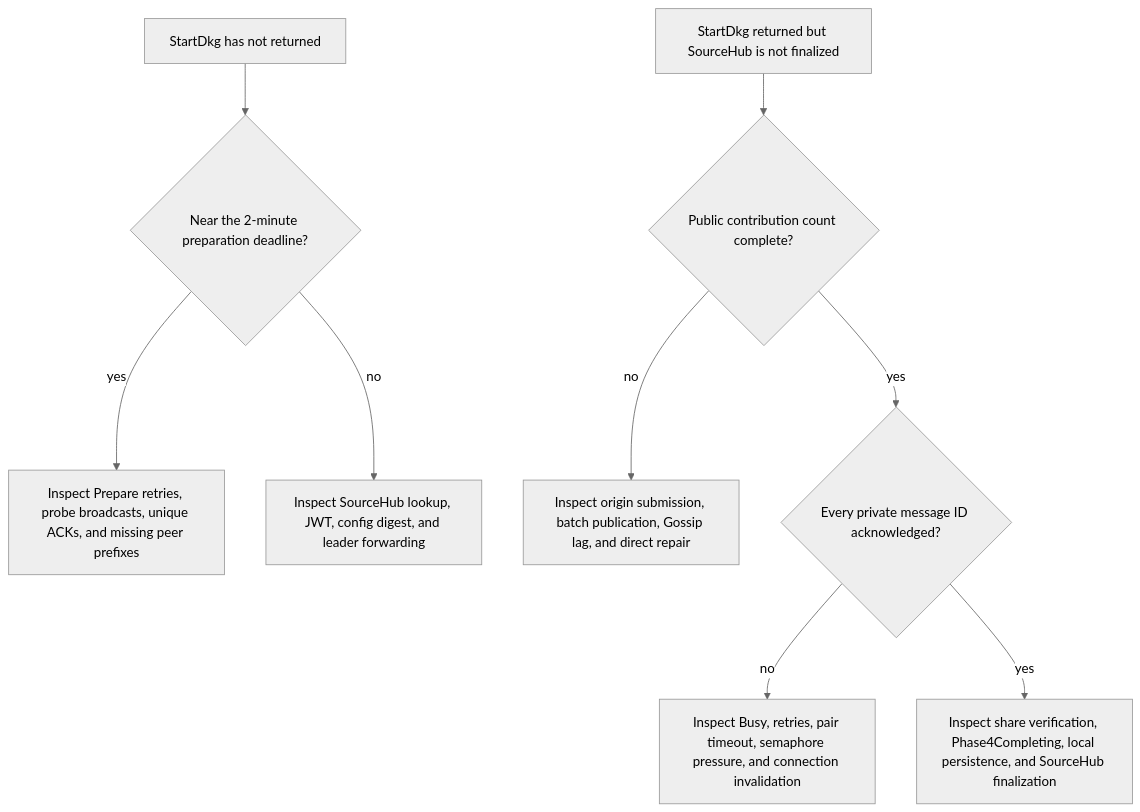
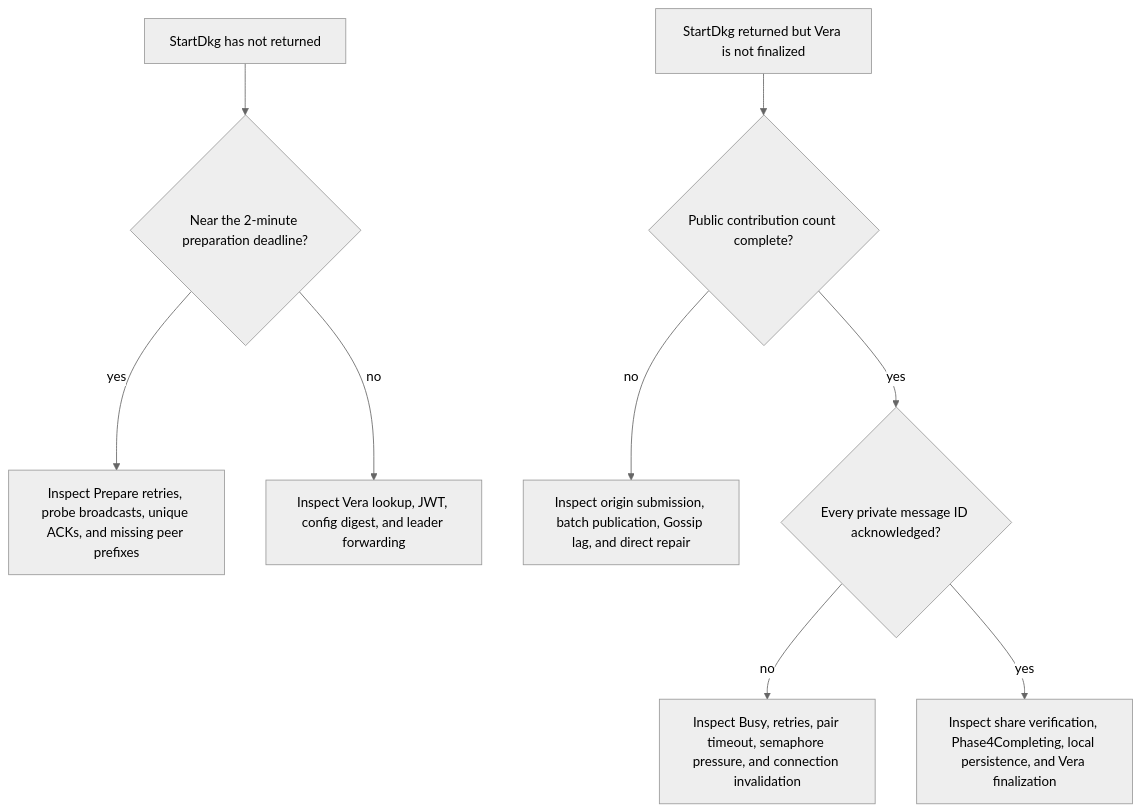
Before and after one commit to sourcenetwork/orbis-rs: the tenth of 10 diagrams in bin/orbis-node/src/dkg/README.md, drawn with Mermaid (neutral theme). The commit also changed other lines of this file and 106 other files, not shown here.

````diff
--- a/bin/orbis-node/src/dkg/README.md
+++ b/bin/orbis-node/src/dkg/README.md
@@ -1024,11 +1024,11 @@
 ```mermaid
 flowchart TD
   A["StartDkg has not returned"] --> B{"Near the 2-minute preparation deadline?"}
   B -->|"yes"| C["Inspect Prepare retries, probe broadcasts, unique ACKs, and missing peer prefixes"]
-  B -->|"no"| D["Inspect SourceHub lookup, JWT, config digest, and leader forwarding"]
-  E["StartDkg returned but SourceHub is not finalized"] --> F{"Public contribution count complete?"}
+  B -->|"no"| D["Inspect Vera lookup, JWT, config digest, and leader forwarding"]
+  E["StartDkg returned but Vera is not finalized"] --> F{"Public contribution count complete?"}
   F -->|"no"| G["Inspect origin submission, batch publication, Gossip lag, and direct repair"]
   F -->|"yes"| H{"Every private message ID acknowledged?"}
   H -->|"no"| I["Inspect Busy, retries, pair timeout, semaphore pressure, and connection invalidation"]
-  H -->|"yes"| J["Inspect share verification, Phase4Completing, local persistence, and SourceHub finalization"]
+  H -->|"yes"| J["Inspect share verification, Phase4Completing, local persistence, and Vera finalization"]
 ```
````
